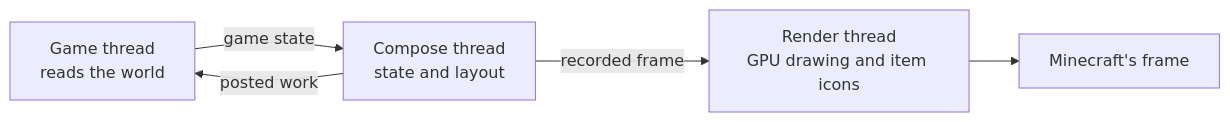
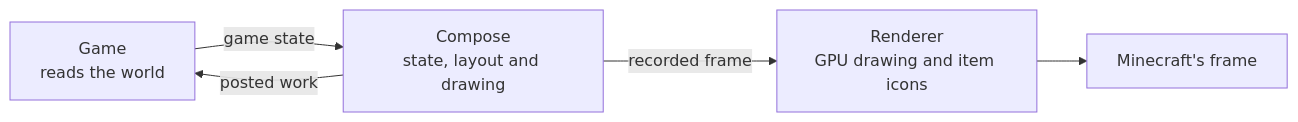
The second of 2 diagrams in docs/en/architecture.md (Frostbite-time/CompixelUI), drawn with Mermaid before and after one commit. The commit also changed other lines of this file and 171 other files, not shown here.

Commit message:
Run Compose on the game thread

````diff
--- a/docs/en/architecture.md
+++ b/docs/en/architecture.md
@@ -57,7 +57,7 @@
 ```mermaid
 flowchart LR
-    game["Game thread<br/>reads the world"] -- game state --> compose["Compose thread<br/>state and layout"]
+    game["Game<br/>reads the world"] -- game state --> compose["Compose<br/>state, layout and drawing"]
     compose -- posted work --> game
-    compose -- recorded frame --> gpu["Render thread<br/>GPU drawing and item icons"]
+    compose -- recorded frame --> gpu["Renderer<br/>GPU drawing and item icons"]
     gpu --> frame["Minecraft's frame"]
 ```
````
